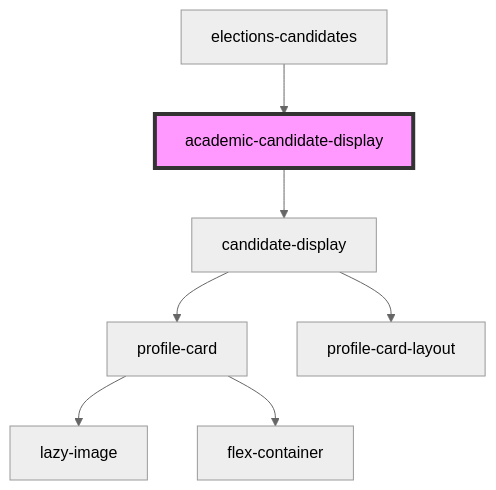
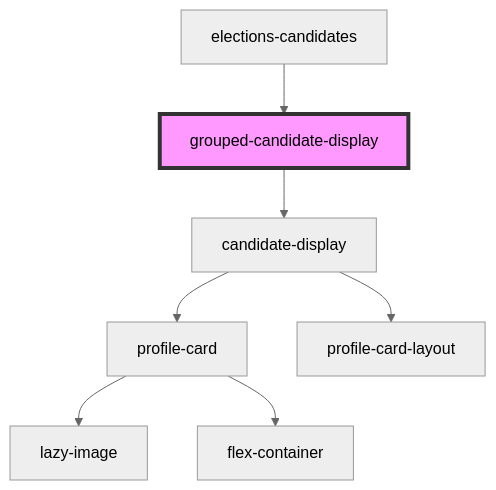
One commit to dev-kylo/component_library changed the diagram in src/components/projects/elections/elections-candidates/grouped-candidates-display/readme.md. Above: the diagram before and after it, drawn with Mermaid (neutral theme). The commit also changed 46 other files, not shown here.

````diff
--- a/src/components/projects/elections/elections-candidates/grouped-candidates-display/readme.md
+++ b/src/components/projects/elections/elections-candidates/grouped-candidates-display/readme.md
@@ -26,10 +26,10 @@
 ```mermaid
 graph TD;
-  academic-candidate-display --> candidate-display
+  grouped-candidate-display --> candidate-display
   candidate-display --> profile-card
   candidate-display --> profile-card-layout
   profile-card --> lazy-image
   profile-card --> flex-container
-  elections-candidates --> academic-candidate-display
-  style academic-candidate-display fill:#f9f,stroke:#333,stroke-width:4px
+  elections-candidates --> grouped-candidate-display
+  style grouped-candidate-display fill:#f9f,stroke:#333,stroke-width:4px
 ```
````
